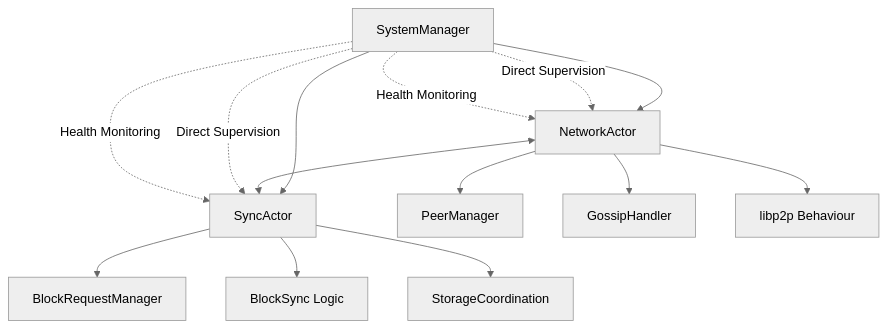
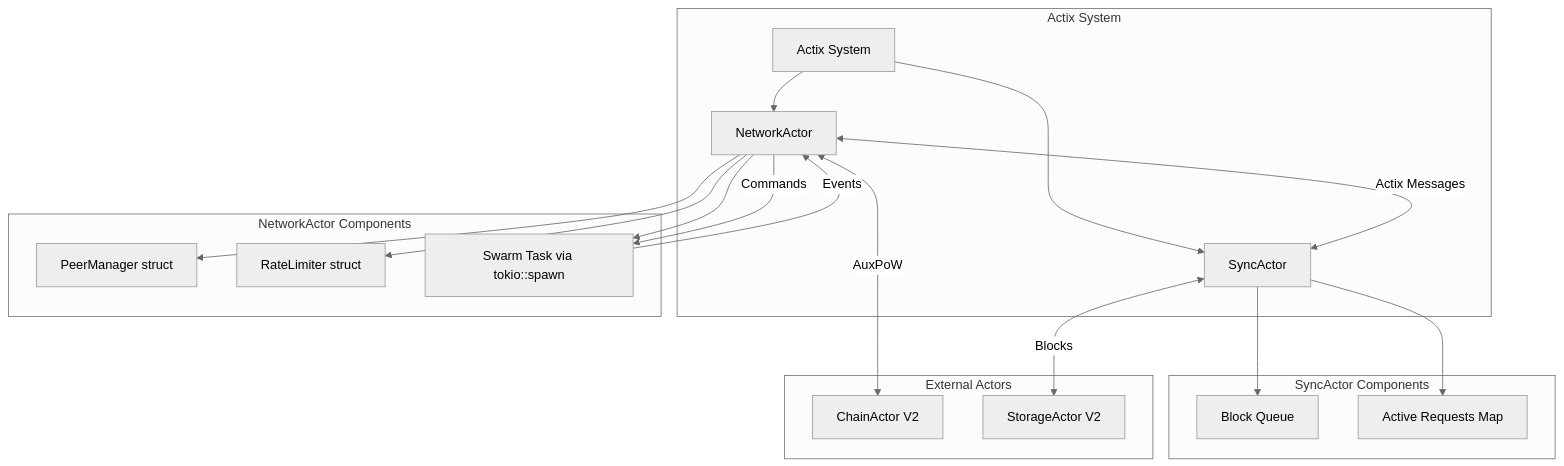
Before and after one commit to AnduroProject/alys: the fifth of 9 diagrams in docs/v2_alpha/actors/network/onboarding.knowledge.book.md, drawn with Mermaid (neutral theme). The commit also changed other lines of this file, not shown here.

First line of the commit message:
docs: update onboarding knowledge book for NetworkActor V2

````diff
--- a/docs/v2_alpha/actors/network/onboarding.knowledge.book.md
+++ b/docs/v2_alpha/actors/network/onboarding.knowledge.book.md
@@ -321,20 +362,30 @@
 ```mermaid
 graph TD
-    SM[SystemManager] --> NA[NetworkActor]
-    SM --> SA[SyncActor]
+    subgraph "Actix System"
+        SYS[Actix System] --> NA[NetworkActor]
+        SYS --> SA[SyncActor]
+    end
 
-    NA <--> SA
+    subgraph "NetworkActor Components"
+        NA --> PM[PeerManager struct]
+        NA --> RL[RateLimiter struct]
+        NA --> SWARM[Swarm Task via tokio::spawn]
+    end
 
-    NA --> PM[PeerManager]
-    NA --> GH[GossipHandler]
-    NA --> BH[libp2p Behaviour]
+    subgraph "SyncActor Components"
+        SA --> BQ[Block Queue]
+        SA --> AR[Active Requests Map]
+    end
 
-    SA --> BRM[BlockRequestManager]
-    SA --> BS[BlockSync Logic]
-    SA --> SC[StorageCoordination]
+    NA <-->|Actix Messages| SA
+    NA -->|Commands| SWARM
+    SWARM -->|Events| NA
 
-    SM -.->|Direct Supervision| NA
-    SM -.->|Direct Supervision| SA
-    SM -.->|Health Monitoring| NA
-    SM -.->|Health Monitoring| SA
+    subgraph "External Actors"
+        CHAIN[ChainActor V2]
+        STOR[StorageActor V2]
+    end
+
+    NA <-->|AuxPoW| CHAIN
+    SA <-->|Blocks| STOR
 ```
````
